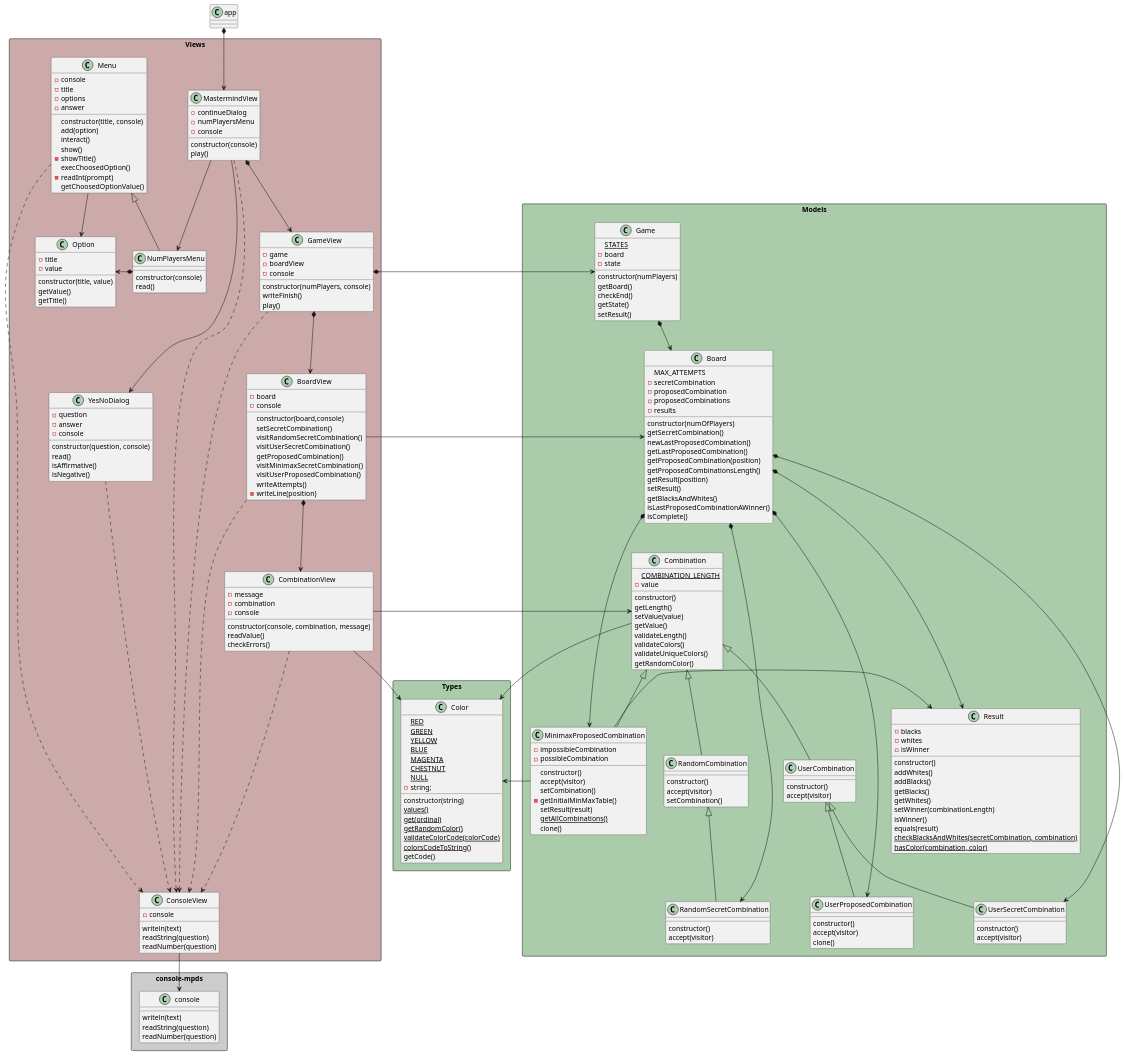
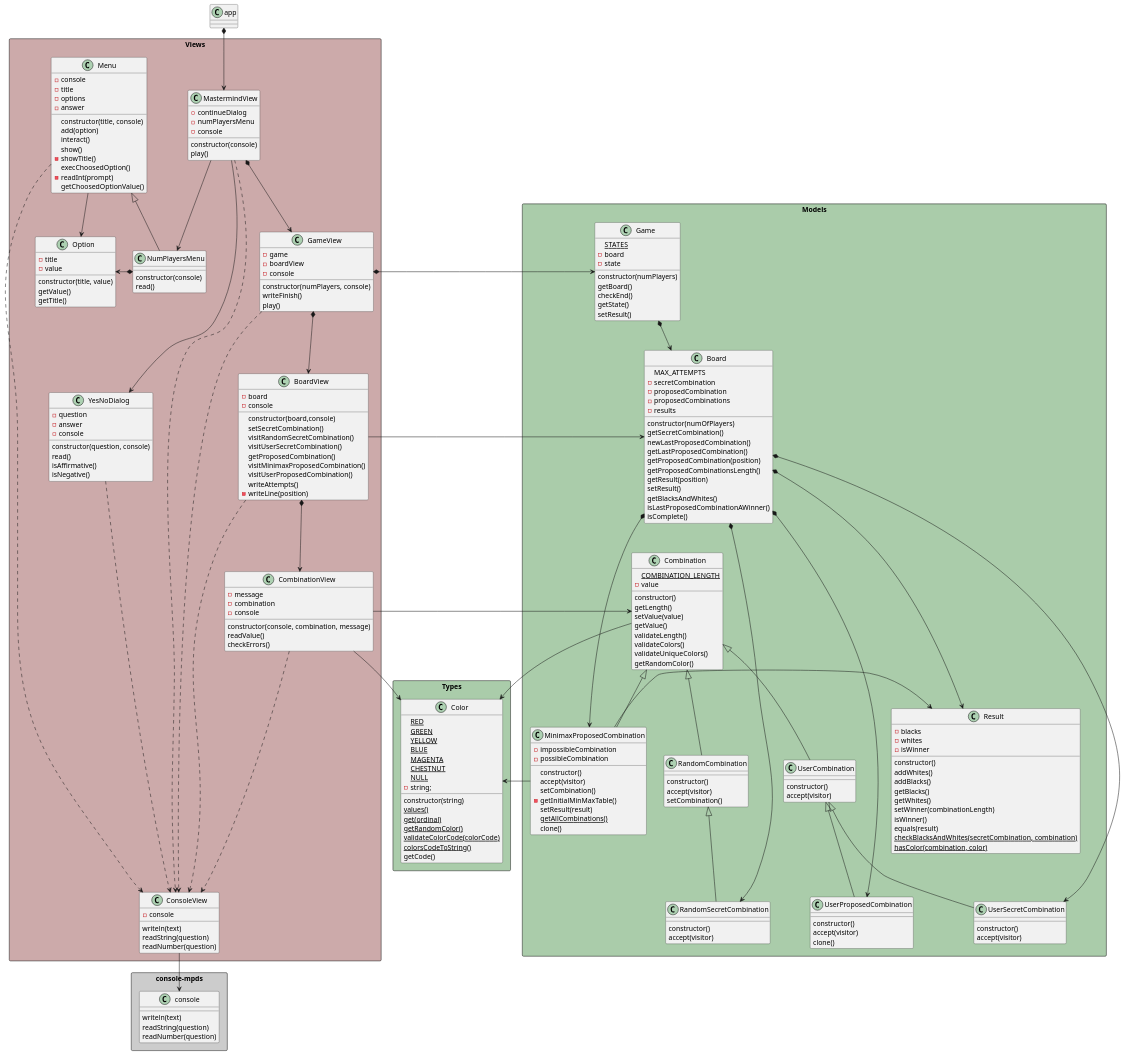
One commit to mpaulaherrero/escuelaIT changed the diagram in game-mastermind/docs/diagrams/objectOriented/classNotation/class diagram.plantuml. Above: the diagram before and after it, drawn with PlantUML. The commit also changed 3 other files, not shown here.

Commit message:
visitMinimaxProposedCombination name

```diff
--- a/game-mastermind/docs/diagrams/objectOriented/classNotation/class diagram.plantuml
+++ b/game-mastermind/docs/diagrams/objectOriented/classNotation/class diagram.plantuml
@@ -138,7 +138,7 @@
         visitRandomSecretCombination()
         visitUserSecretCombination()
         getProposedCombination()
-        visitMinimaxSecretCombination()
+        visitMinimaxProposedCombination()
         visitUserProposedCombination()
         writeAttempts()
         -writeLine(position)
```
